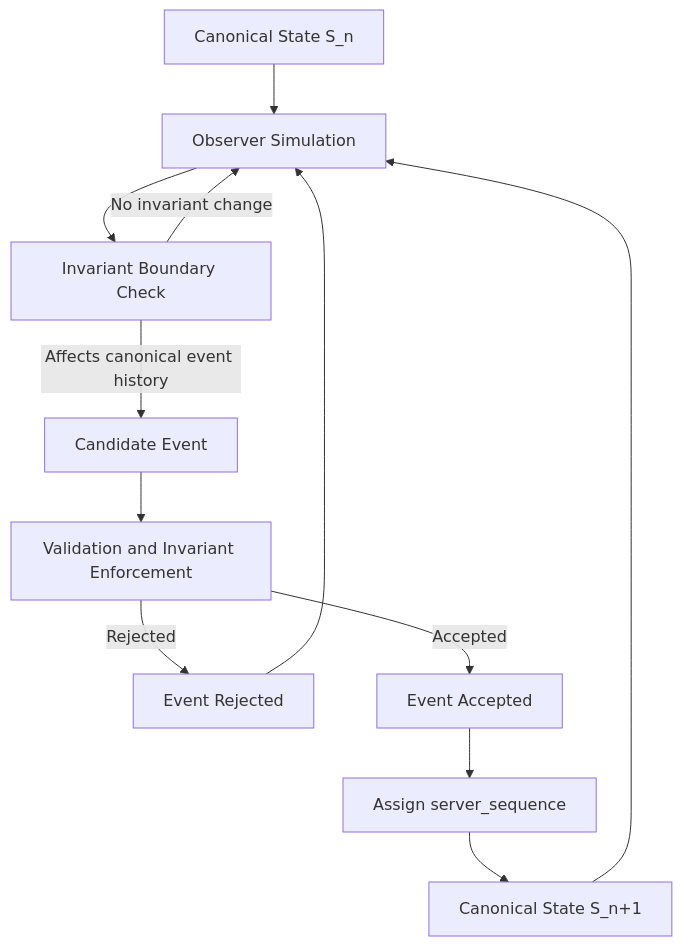
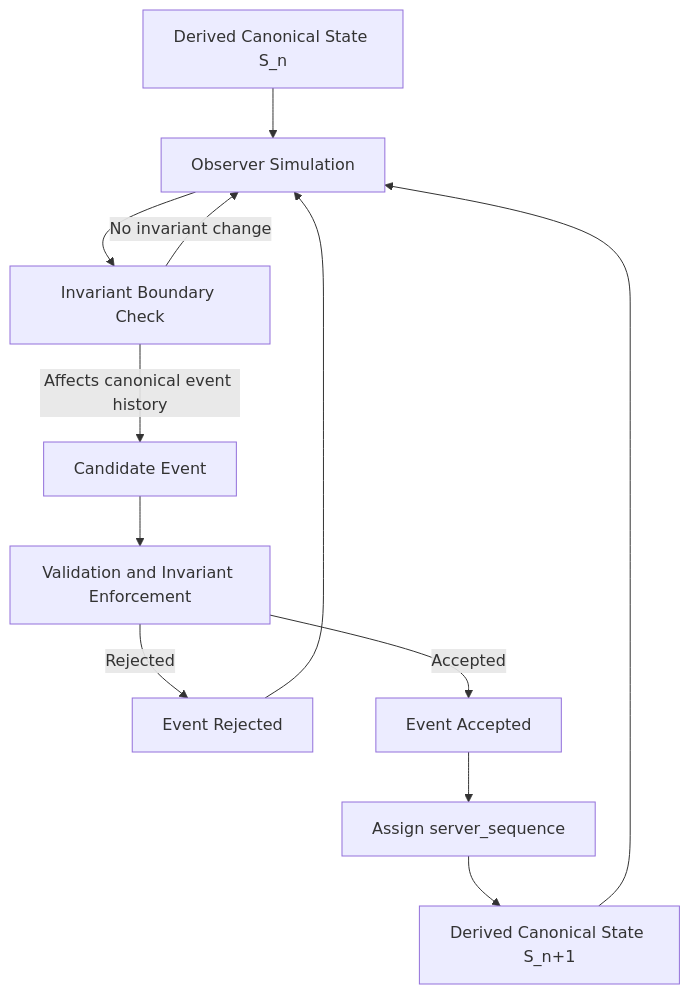
One commit to godofthunder101/crypsa-architecture changed the diagram in diagrams/CrypSA_State_Transition_Diagram.md. Above: the diagram before and after it, drawn with Mermaid. The commit also changed other lines of this file, not shown here.

Commit message:
Update terminology from 'Canonical' to 'Derived'

`````diff
--- a/diagrams/CrypSA_State_Transition_Diagram.md
+++ b/diagrams/CrypSA_State_Transition_Diagram.md
@@ -15,30 +15,30 @@
 ```mermaid
 flowchart TD
 
-S0[Canonical State S_n]
+S0[Derived Canonical State S_n]
 A[Observer Simulation]
 B[Invariant Boundary Check]
 C[Candidate Event]
 D[Validation and Invariant Enforcement]
 R[Event Rejected]
 E[Event Accepted]
 O[Assign server_sequence]
-S1[Canonical State S_n+1]
+S1[Derived Canonical State S_n+1]
 
 S0 --> A
 A --> B
 
 B -->|No invariant change| A
 B -->|Affects canonical event history| C
 
 C --> D
 
 D -->|Rejected| R
 R --> A
 
 D -->|Accepted| E
 E --> O
 O --> S1
 
 S1 --> A
 ````
`````
